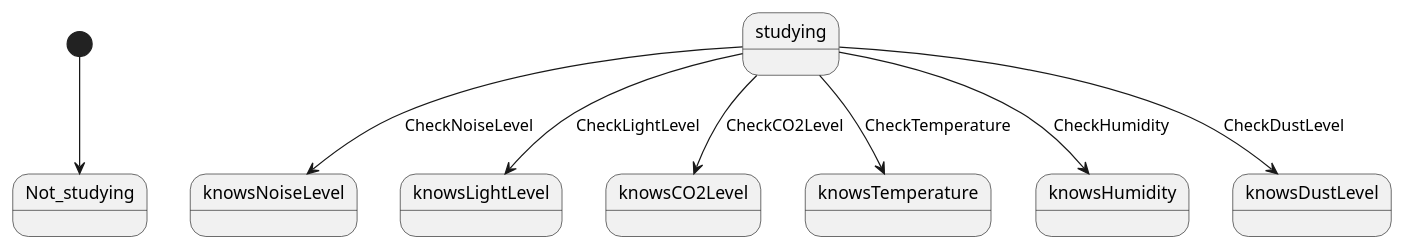
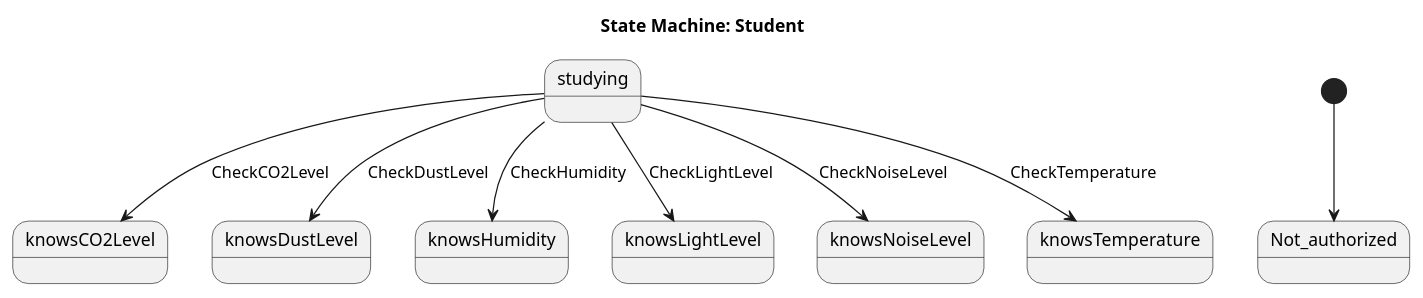
Before and after one commit to SEP4Real/SEP4: the diagram in Documentation/Analysis/states/StudyHelper_Student.state.puml, drawn with PlantUML. The commit also changed 46 other files, not shown here.

```diff
--- a/Documentation/Analysis/states/StudyHelper_Student.state.puml
+++ b/Documentation/Analysis/states/StudyHelper_Student.state.puml
@@ -1,10 +1,18 @@
-@startuml Student_StateMachine
-' State Machine for Student
-[*] --> Not_studying
+@startuml
+title State Machine: Student
+state knowsCO2Level
+state knowsDustLevel
+state knowsHumidity
+state knowsLightLevel
+state knowsNoiseLevel
+state knowsTemperature
+state studying
+
+[*] --> Not_authorized
 studying --> knowsNoiseLevel : CheckNoiseLevel
 studying --> knowsLightLevel : CheckLightLevel
 studying --> knowsCO2Level : CheckCO2Level
 studying --> knowsTemperature : CheckTemperature
 studying --> knowsHumidity : CheckHumidity
 studying --> knowsDustLevel : CheckDustLevel
 @enduml
```
